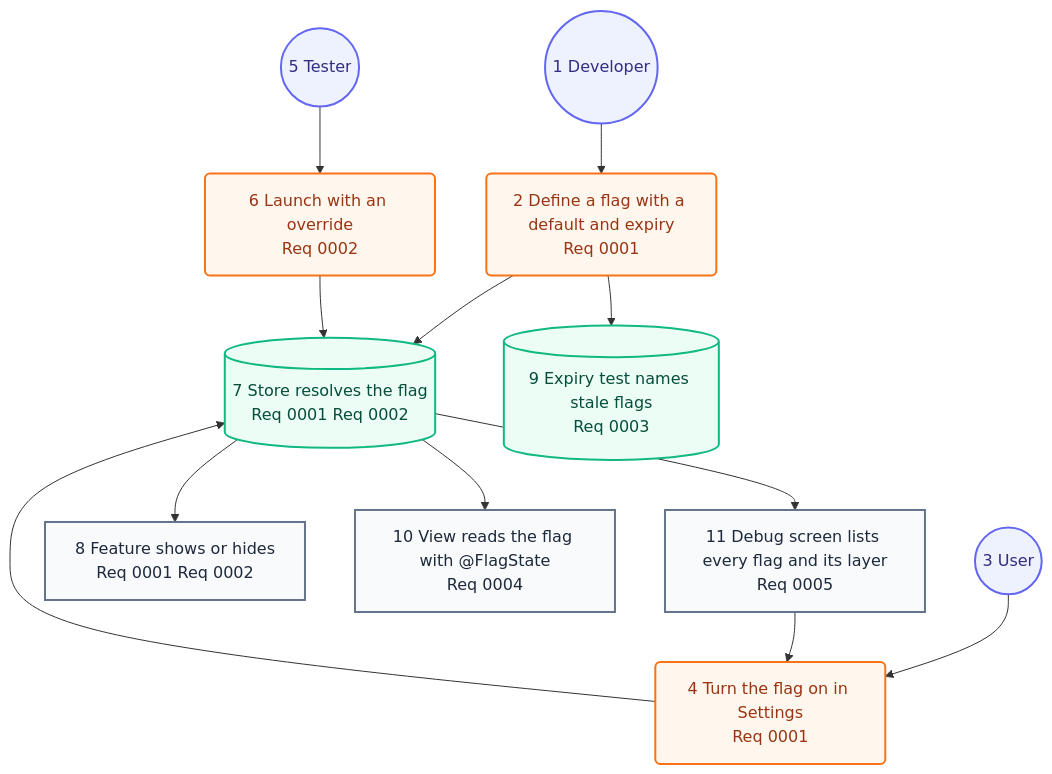
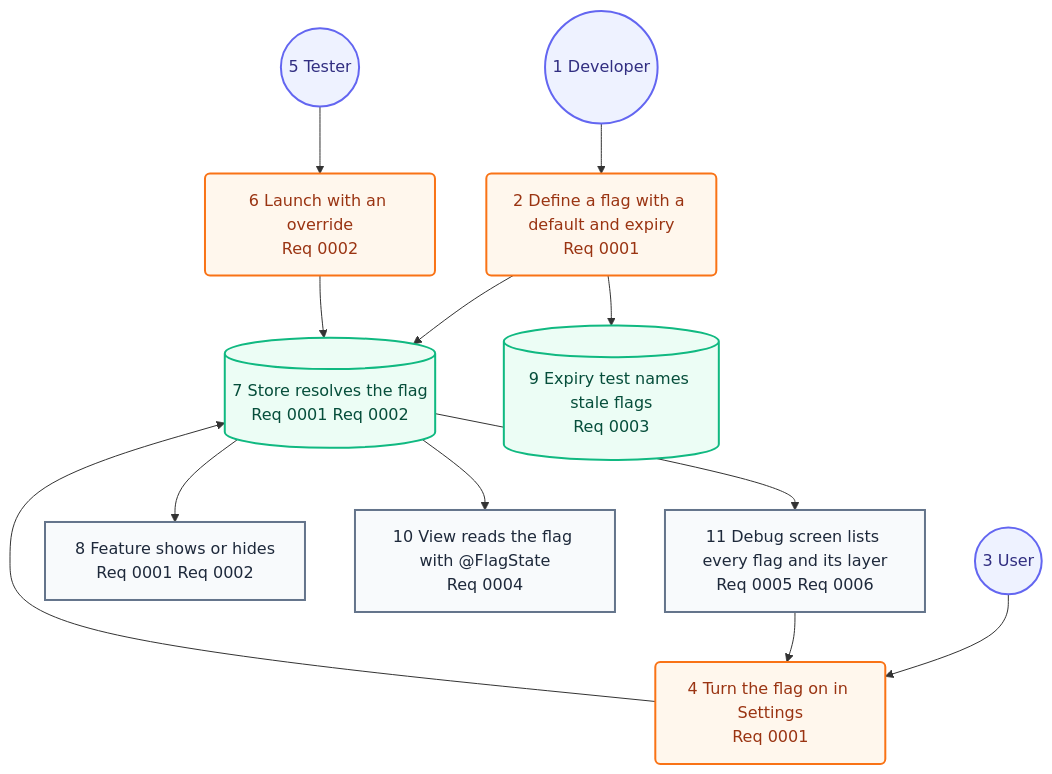
The second of 2 diagrams in docs/architecture/05-user-journey.md (may-journal/feature-flag-kit), drawn with Mermaid before and after one commit. The commit also changed other lines of this file and 30 other files, not shown here.

````diff
--- a/docs/architecture/05-user-journey.md
+++ b/docs/architecture/05-user-journey.md
@@ -31,31 +31,31 @@
 ```mermaid
 flowchart TB
     developer((1 Developer)):::persona
     define(2 Define a flag with a default and expiry<br/>Req 0001):::action
     user((3 User)):::persona
     toggle(4 Turn the flag on in Settings<br/>Req 0001):::action
     tester((5 Tester)):::persona
     launch(6 Launch with an override<br/>Req 0002):::action
     resolve[(7 Store resolves the flag<br/>Req 0001 Req 0002)]:::system
     feature[8 Feature shows or hides<br/>Req 0001 Req 0002]:::screen
     expiry[(9 Expiry test names stale flags<br/>Req 0003)]:::system
     view[10 View reads the flag with @FlagState<br/>Req 0004]:::screen
-    debug[11 Debug screen lists every flag and its layer<br/>Req 0005]:::screen
+    debug[11 Debug screen lists every flag and its layer<br/>Req 0005 Req 0006]:::screen
 
     developer --> define
     user --> toggle
     tester --> launch
     define --> resolve
     toggle --> resolve
     launch --> resolve
     resolve --> feature
     define --> expiry
     resolve --> view
     resolve --> debug
     debug --> toggle
 
     classDef persona fill:#eef2ff,stroke:#6366f1,color:#312e81,stroke-width:2px
     classDef screen fill:#f8fafc,stroke:#64748b,color:#1e293b,stroke-width:2px
     classDef action fill:#fff7ed,stroke:#f97316,color:#9a3412,stroke-width:2px
     classDef system fill:#ecfdf5,stroke:#10b981,color:#064e3b,stroke-width:2px
 ```
````
